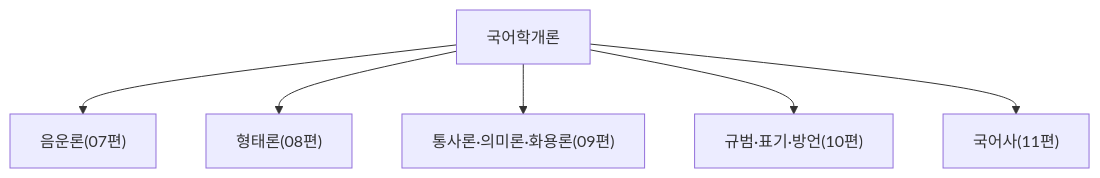
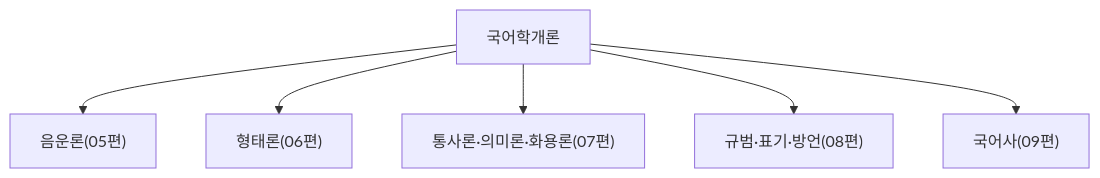
The second of 2 diagrams in content/독학사/4단계/국어/01_linguistics-basics.mdx (zenoK80/zeno-ai-docs), drawn with Mermaid before and after one commit. The commit also changed other lines of this file and 1368 other files, not shown here.

````diff
--- a/content/독학사/4단계/국어/01_linguistics-basics.mdx
+++ b/content/독학사/4단계/국어/01_linguistics-basics.mdx
@@ -101,8 +87,8 @@
 ```mermaid
 flowchart TD
-    A["국어학개론"] --> B["음운론(07편)"]
-    A --> C["형태론(08편)"]
-    A --> D["통사론·의미론·화용론(09편)"]
-    A --> E["규범·표기·방언(10편)"]
-    A --> F["국어사(11편)"]
+    A["국어학개론"] --> B["음운론(05편)"]
+    A --> C["형태론(06편)"]
+    A --> D["통사론·의미론·화용론(07편)"]
+    A --> E["규범·표기·방언(08편)"]
+    A --> F["국어사(09편)"]
 ```
````
